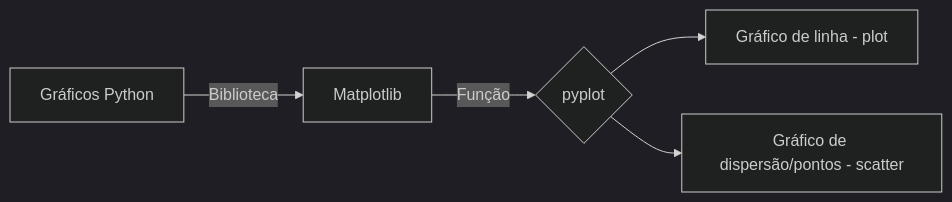
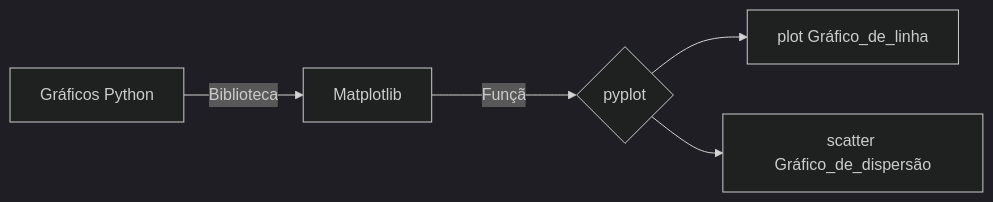
The fourth of 4 diagrams in python_basic.qmd (seperool/study_of_python), drawn with Mermaid (dark theme) before and after one commit. The commit also changed other lines of this file and 1 other file, not shown here.

Commit message:
Colorindo os pontos - colormap

````diff
--- a/python_basic.qmd
+++ b/python_basic.qmd
@@ -7362,10 +7406,10 @@
 ```{mermaid}
 %%| fig-cap: "Gráficos Biblioteca matplotlib"
 %%| fig-width: 6.5
 %%| fig-height: 7.5
 flowchart LR
-  A[Gráficos Python] -- Biblioteca --> B[Matplotlib]
-  B -- Função --> C{pyplot}
-  C --> D[Gráfico de linha - plot]
-  C --> E[Gráfico de dispersão/pontos - scatter]
+  A[Gráficos Python] --Biblioteca--> B[Matplotlib]
+  B --Função--> C{pyplot}
+  C --> D[plot Gráfico_de_linha]
+  C --> E[scatter Gráfico_de_dispersão]
 ```
````
